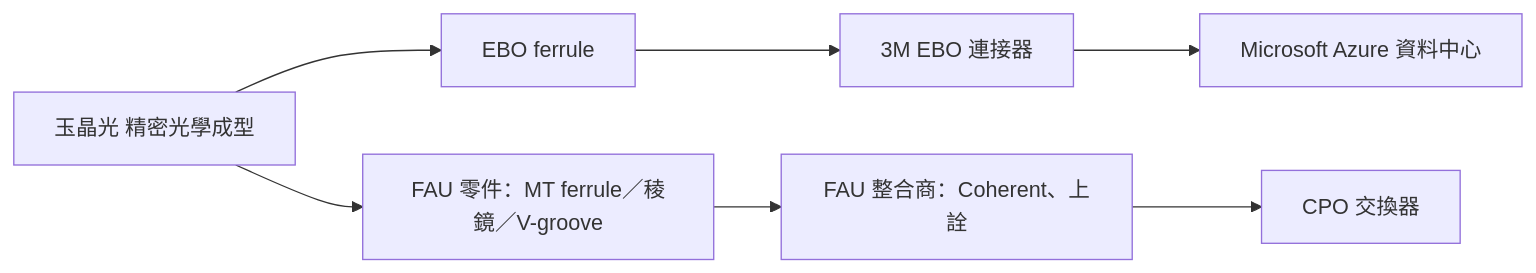
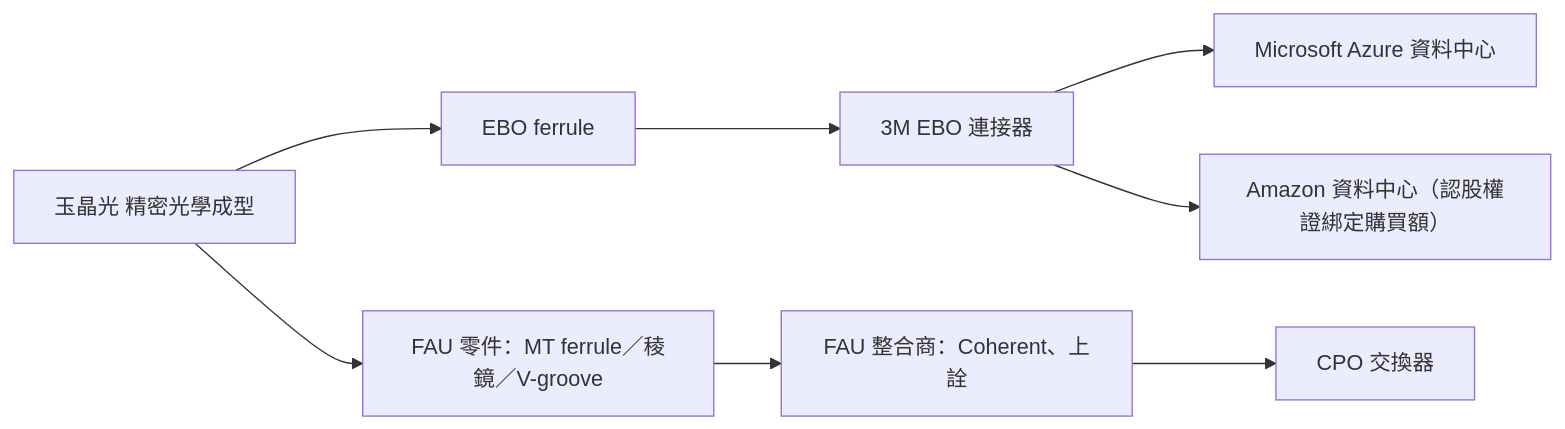
The diagram in content/lib/1.company/TW/3406_玉晶光（市）.md (kevn950324/wiki_Stockv2), drawn with Mermaid before and after one commit. The commit also changed other lines of this file and 45 other files, not shown here.

````diff
--- a/content/lib/1.company/TW/3406_玉晶光（市）.md
+++ b/content/lib/1.company/TW/3406_玉晶光（市）.md
@@ -51,9 +53,10 @@
 ```mermaid
 flowchart LR
   A[玉晶光 精密光學成型] --> B[EBO ferrule]
   A --> C[FAU 零件：MT ferrule／稜鏡／V-groove]
   B --> D[3M EBO 連接器]
   D --> E[Microsoft Azure 資料中心]
+  D --> H[Amazon 資料中心（認股權證綁定購買額）]
   C --> F[FAU 整合商：Coherent、上詮]
   F --> G[CPO 交換器]
 ```
````
